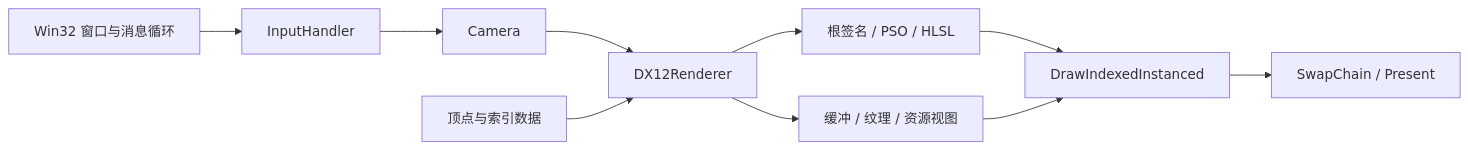
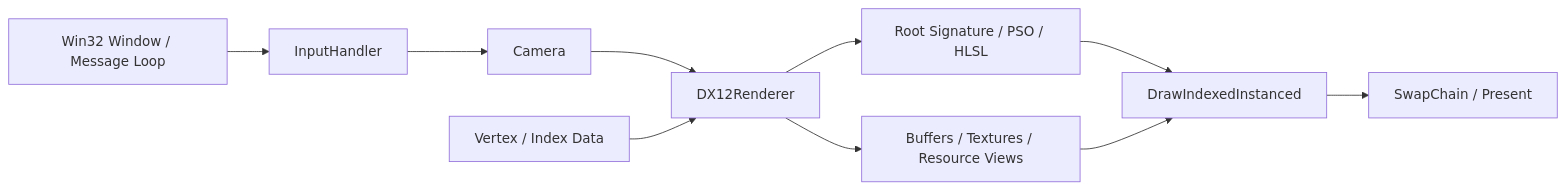
One commit to IvenSong/DX12Renderer changed the diagram in README.md. Above: the diagram before and after it, drawn with Mermaid. The commit also changed other lines of this file, not shown here.

````diff
--- a/README.md
+++ b/README.md
@@ -38,12 +38,12 @@
 ```mermaid
 flowchart LR
-    Window["Win32 窗口与消息循环"] --> Input["InputHandler"]
+    Window["Win32 Window / Message Loop"] --> Input["InputHandler"]
     Input --> Camera["Camera"]
     Camera --> Renderer["DX12Renderer"]
-    Geometry["顶点与索引数据"] --> Renderer
-    Renderer --> Pipeline["根签名 / PSO / HLSL"]
-    Renderer --> Resources["缓冲 / 纹理 / 资源视图"]
+    Geometry["Vertex / Index Data"] --> Renderer
+    Renderer --> Pipeline["Root Signature / PSO / HLSL"]
+    Renderer --> Resources["Buffers / Textures / Resource Views"]
     Pipeline --> Draw["DrawIndexedInstanced"]
     Resources --> Draw
     Draw --> Present["SwapChain / Present"]
 ```
````
